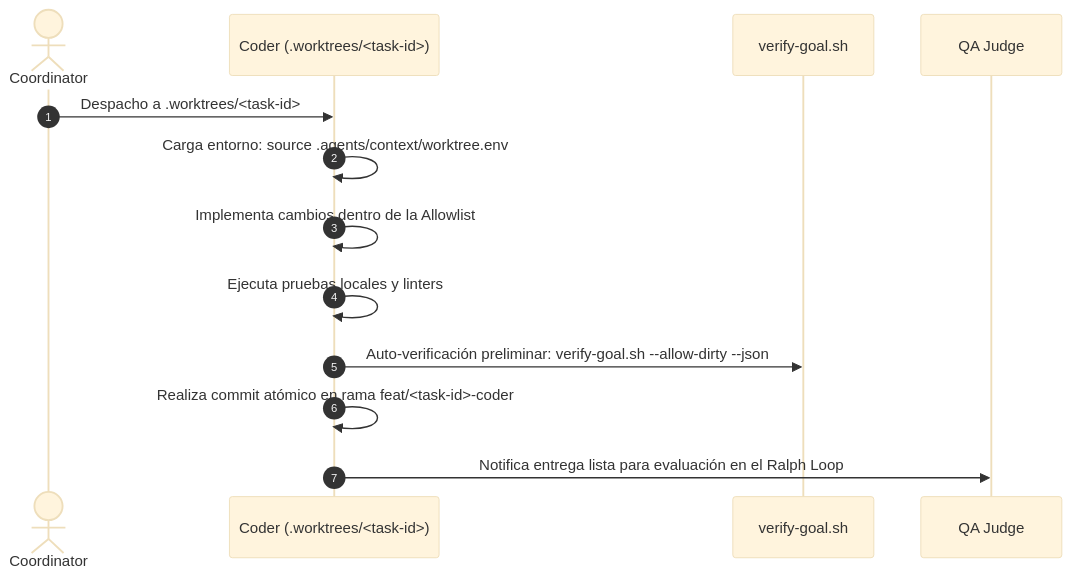
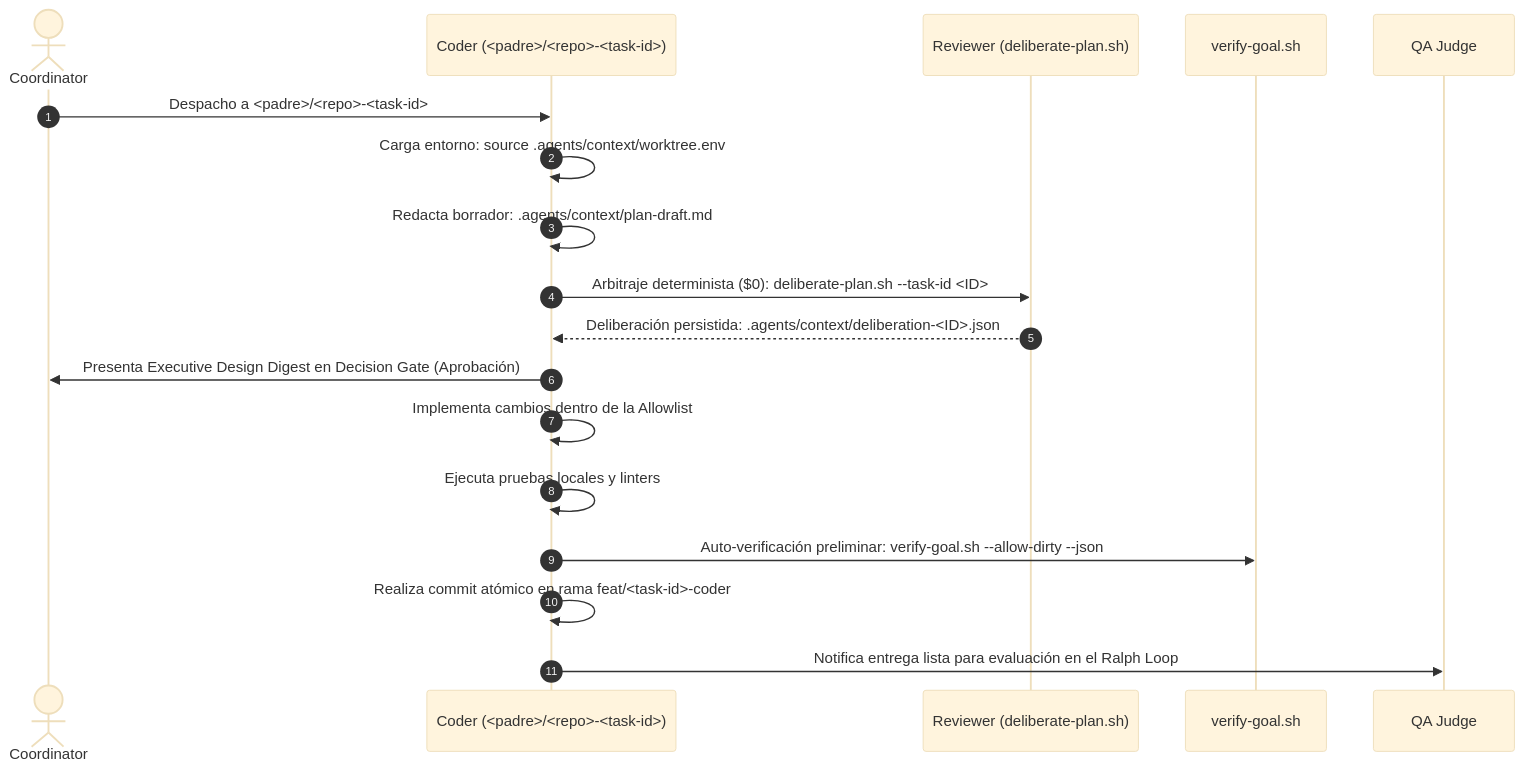
Before and after one commit to romensuarezr/kanarii: the diagram in .agents/profiles/coder.md, drawn with Mermaid (base theme). The commit also changed other lines of this file and 67 other files, not shown here.

````diff
--- a/.agents/profiles/coder.md
+++ b/.agents/profiles/coder.md
@@ -60,16 +62,21 @@
 ```mermaid
 sequenceDiagram
     autonumber
     actor C as Coordinator
-    participant W as Coder (.worktrees/<task-id>)
+    participant W as Coder (<padre>/<repo>-<task-id>)
+    participant R as Reviewer (deliberate-plan.sh)
     participant G as verify-goal.sh
     participant J as QA Judge
 
-    C->>W: Despacho a .worktrees/<task-id>
+    C->>W: Despacho a <padre>/<repo>-<task-id>
     W->>W: Carga entorno: source .agents/context/worktree.env
+    W->>W: Redacta borrador: .agents/context/plan-draft.md
+    W->>R: Arbitraje determinista ($0): deliberate-plan.sh --task-id <ID>
+    R-->>W: Deliberación persistida: .agents/context/deliberation-<ID>.json
+    W->>C: Presenta Executive Design Digest en Decision Gate (Aprobación)
     W->>W: Implementa cambios dentro de la Allowlist
     W->>W: Ejecuta pruebas locales y linters
     W->>G: Auto-verificación preliminar: verify-goal.sh --allow-dirty --json
     W->>W: Realiza commit atómico en rama feat/<task-id>-coder
     W->>J: Notifica entrega lista para evaluación en el Ralph Loop
 ```
````
